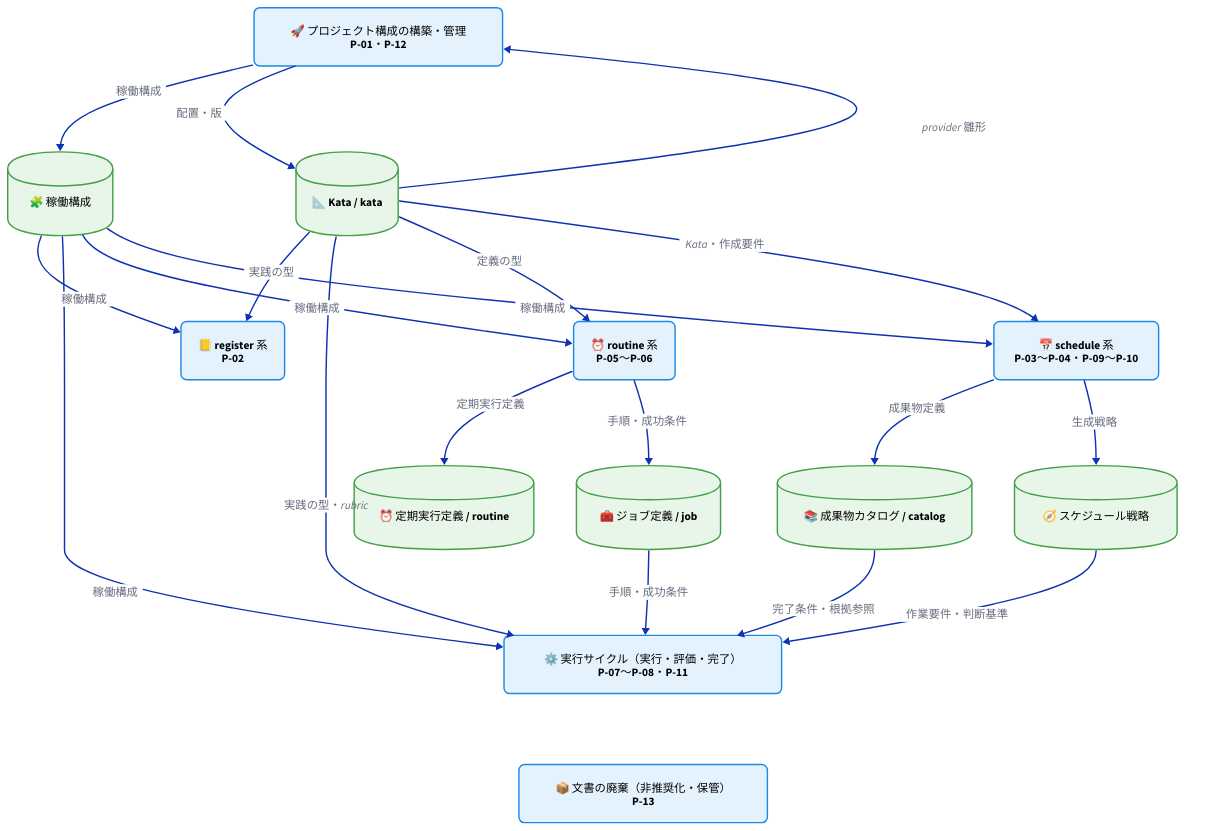
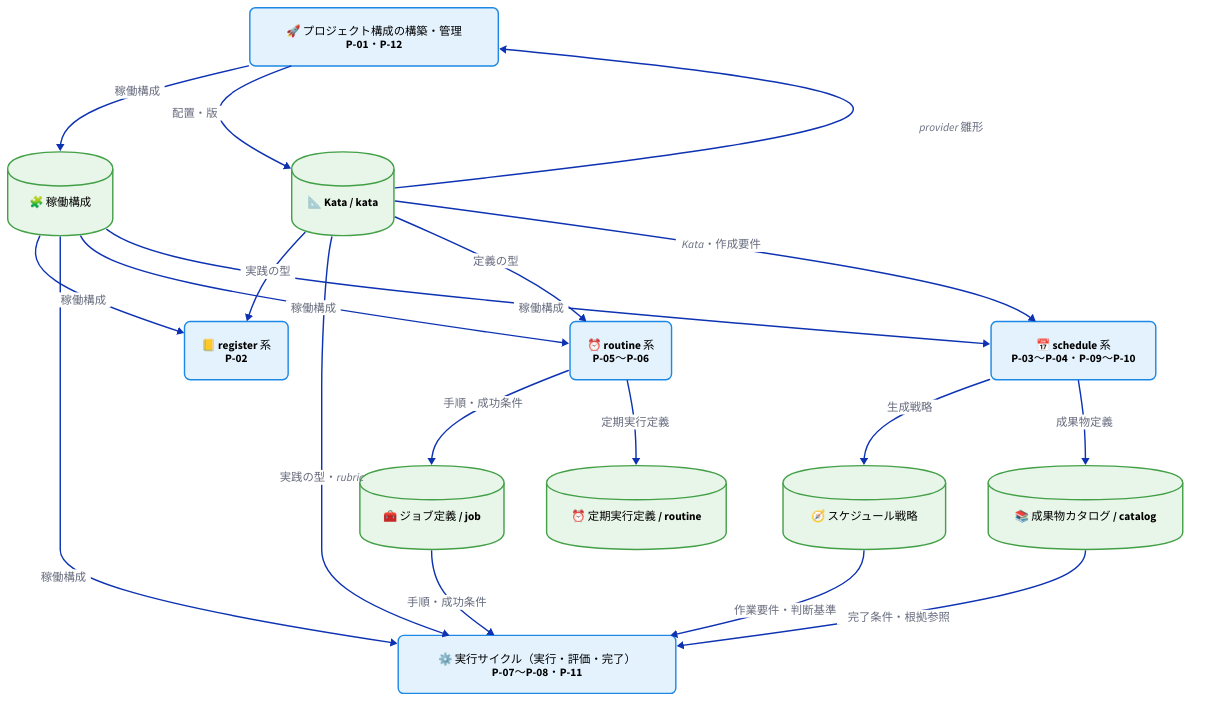
The second of 4 diagrams in docs/ja/product/010-business-specs/010-data-flow/cdfd-overview.md (specdojo/specdojo), drawn with D2 before and after one commit. The commit also changed other lines of this file and 5 other files, not shown here.

Commit message:
exec(register PJR-5Q7R): 全体概要の Orchestrator を指示の図にし、線のない区分を外す

````diff
--- a/docs/ja/product/010-business-specs/010-data-flow/cdfd-overview.md
+++ b/docs/ja/product/010-business-specs/010-data-flow/cdfd-overview.md
@@ -281,10 +285,6 @@
   class: process
 }
 
-deprecation: "📦 文書の廃棄（非推奨化・保管）\nP-13" {
-  class: process
-}
-
 config: "🧩 稼働構成" {
   class: store_master
 }
@@ -313,7 +313,7 @@
 register_sys <- config: "稼働構成"
 register_sys <- kata: "実践の型"
 exec_cycle <- strategy: "作業要件・判断基準"
-routine_sys -> routine: "定期実行定義"
+schedule_sys -> strategy: "生成戦略"
 project_config -> config: "稼働構成"
 exec_cycle <- config: "稼働構成"
 exec_cycle <- catalog: "完了条件・根拠参照"
@@ -322,7 +322,7 @@
 routine_sys -> job: "手順・成功条件"
 schedule_sys <- config: "稼働構成"
 schedule_sys -> catalog: "成果物定義"
-schedule_sys -> strategy: "生成戦略"
+routine_sys -> routine: "定期実行定義"
 routine_sys <- kata: "定義の型"
 project_config -> kata: "配置・版"
 exec_cycle <- job: "手順・成功条件"
@@ -335,5 +335,5 @@
 project_config -> routine_sys: {style.opacity: 0}
 register_sys -> exec_cycle: {style.opacity: 0}
 schedule_sys -> exec_cycle: {style.opacity: 0}
-routine_sys -> exec_cycle -> deprecation: {style.opacity: 0}
+routine_sys -> exec_cycle: {style.opacity: 0}
 ```
````
